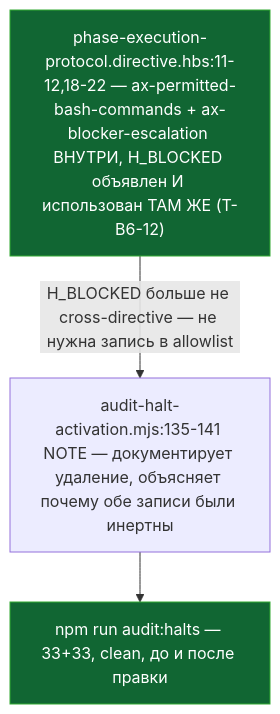
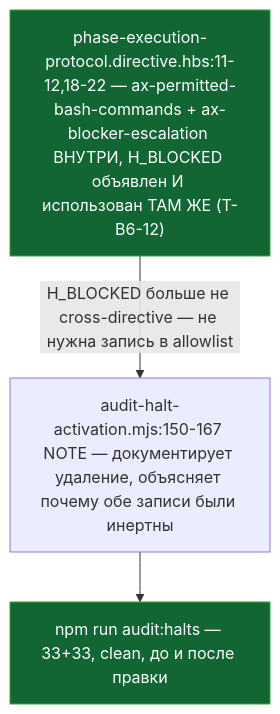
Before and after one commit to RubaXa/gennady: the second of 2 diagrams in ai/drafts/research/sdd-v1-to-v2-transfer/_raw/reports/R-T-B6-27.md, drawn with Mermaid. The commit also changed other lines of this file and 6 other files, not shown here.

````diff
--- a/ai/drafts/research/sdd-v1-to-v2-transfer/_raw/reports/R-T-B6-27.md
+++ b/ai/drafts/research/sdd-v1-to-v2-transfer/_raw/reports/R-T-B6-27.md
@@ -42,10 +42,10 @@
 ```mermaid
 flowchart TB
   PEP["phase-execution-protocol.directive.hbs:11-12,18-22 — ax-permitted-bash-commands + ax-blocker-escalation ВНУТРИ, H_BLOCKED объявлен И использован ТАМ ЖЕ (T-B6-12)"]
-  COMMENT2["audit-halt-activation.mjs:135-141 NOTE — документирует удаление, объясняет почему обе записи были инертны"]
+  COMMENT2["audit-halt-activation.mjs:150-167 NOTE — документирует удаление, объясняет почему обе записи были инертны"]
   PEP -->|"H_BLOCKED больше не cross-directive — не нужна запись в allowlist"| COMMENT2
   HALTS["npm run audit:halts — 33+33, clean, до и после правки"]
   COMMENT2 --> HALTS
   style PEP fill:#163,stroke:#3a3,color:#fff
   style HALTS fill:#163,stroke:#3a3,color:#fff
 ```
````
